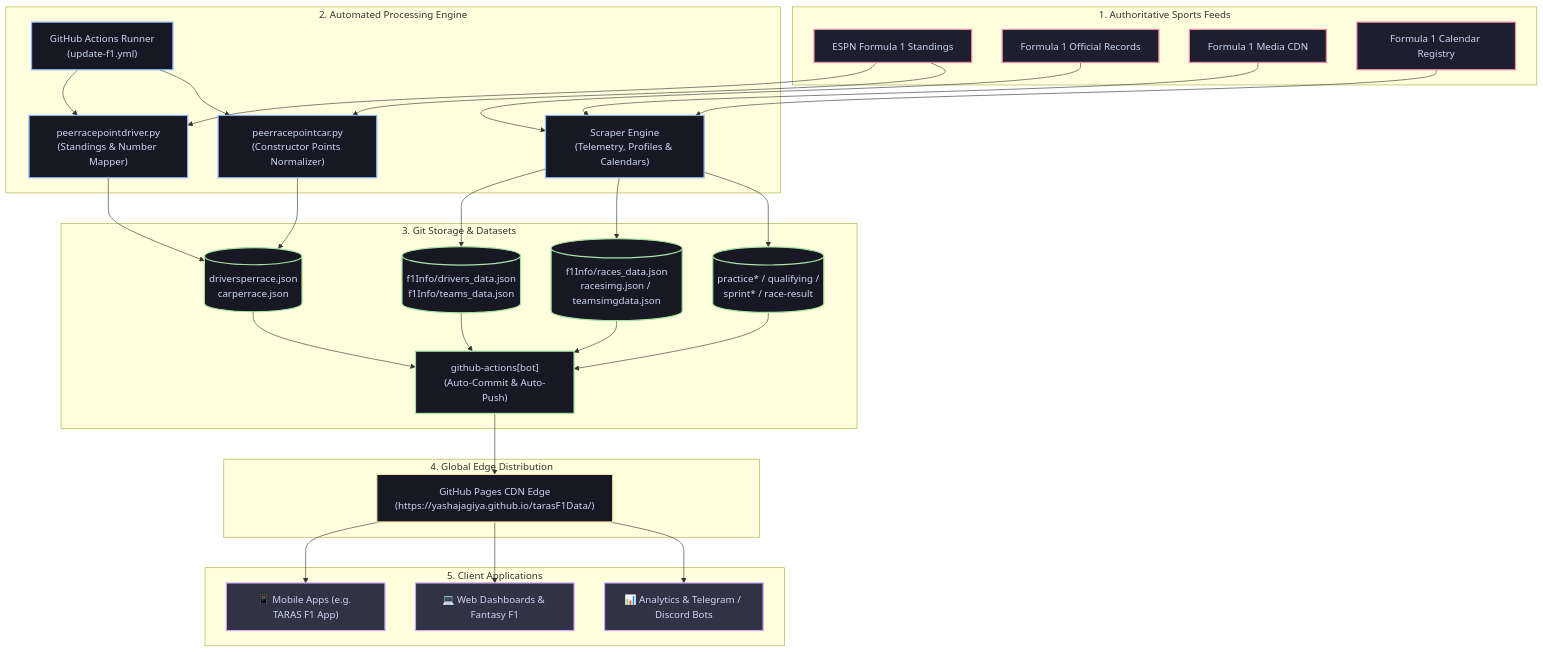
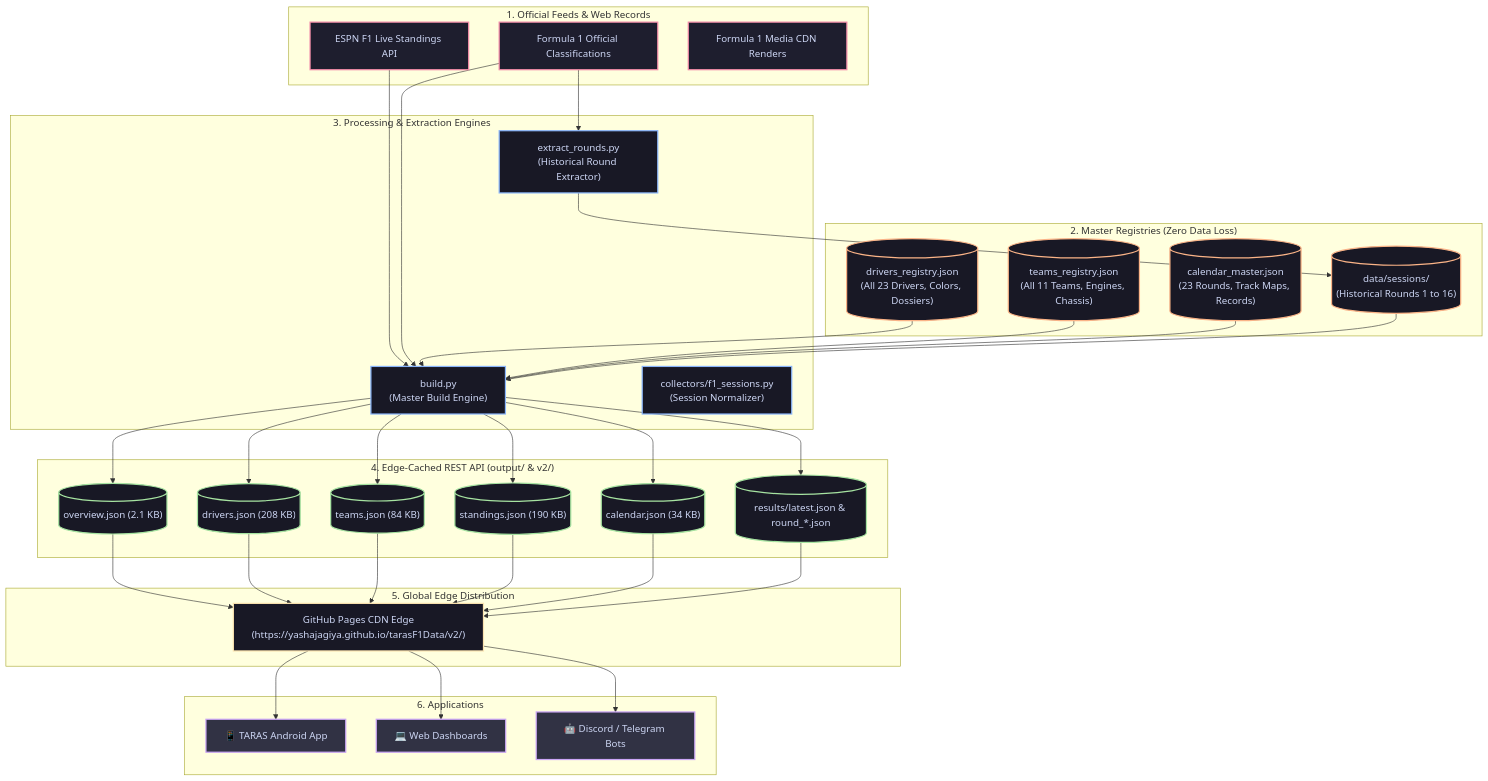
One commit to yashajagiya/Taras changed the diagram in README.md. Above: the diagram before and after it, drawn with Mermaid. The commit also changed other lines of this file, not shown here.

Commit message:
docs: Update main README to Taras F1 API v2 specification and documentation

````diff
--- a/README.md
+++ b/README.md
@@ -67,60 +186,56 @@
 ```mermaid
 flowchart TD
     %% Styling
     classDef sourceStyle fill:#1e1e2e,stroke:#f38ba8,stroke-width:2px,color:#cdd6f4;
     classDef actionStyle fill:#181825,stroke:#89b4fa,stroke-width:2px,color:#cdd6f4;
+    classDef masterStyle fill:#181825,stroke:#fab387,stroke-width:2px,color:#cdd6f4;
     classDef storageStyle fill:#181825,stroke:#a6e3a1,stroke-width:2px,color:#cdd6f4;
     classDef cdnStyle fill:#181825,stroke:#f9e2af,stroke-width:2px,color:#cdd6f4;
     classDef clientStyle fill:#313244,stroke:#cba6f7,stroke-width:2px,color:#cdd6f4;
 
-    subgraph Sources ["1. Authoritative Sports Feeds"]
-        S1["ESPN Formula 1 Standings"]:::sourceStyle
-        S2["Formula 1 Official Records"]:::sourceStyle
-        S3["Formula 1 Media CDN"]:::sourceStyle
-        S4["Formula 1 Calendar Registry"]:::sourceStyle
+    subgraph Sources ["1. Official Feeds & Web Records"]
+        S1["ESPN F1 Live Standings API"]:::sourceStyle
+        S2["Formula 1 Official Classifications"]:::sourceStyle
+        S3["Formula 1 Media CDN Renders"]:::sourceStyle
     end
 
-    subgraph Pipeline ["2. Automated Processing Engine"]
-        GH["GitHub Actions Runner\n(update-f1.yml)"]:::actionStyle
-        P1["peerracepointdriver.py\n(Standings & Number Mapper)"]:::actionStyle
-        P2["peerracepointcar.py\n(Constructor Points Normalizer)"]:::actionStyle
-        P3["Scraper Engine\n(Telemetry, Profiles & Calendars)"]:::actionStyle
+    subgraph Registries ["2. Master Registries (Zero Data Loss)"]
+        R1[("drivers_registry.json\n(All 23 Drivers, Colors, Dossiers)")]:::masterStyle
+        R2[("teams_registry.json\n(All 11 Teams, Engines, Chassis)")]:::masterStyle
+        R3[("calendar_master.json\n(23 Rounds, Track Maps, Records)")]:::masterStyle
+        R4[("data/sessions/\n(Historical Rounds 1 to 16)")]:::masterStyle
     end
 
-    subgraph Storage ["3. Git Storage & Datasets"]
-        J1[("driversperrace.json\ncarperrace.json")]:::storageStyle
-        J2[("f1Info/drivers_data.json\nf1Info/teams_data.json")]:::storageStyle
-        J3[("f1Info/races_data.json\nracesimg.json / teamsimgdata.json")]:::storageStyle
-        J4[("practice* / qualifying /\nsprint* / race-result")]:::storageStyle
-        BOT["github-actions[bot]\n(Auto-Commit & Auto-Push)"]:::storageStyle
+    subgraph Engines ["3. Processing & Extraction Engines"]
+        BUILD["build.py\n(Master Build Engine)"]:::actionStyle
+        EXTRACT["extract_rounds.py\n(Historical Round Extractor)"]:::actionStyle
+        SESS["collectors/f1_sessions.py\n(Session Normalizer)"]:::actionStyle
     end
 
-    subgraph Delivery ["4. Global Edge Distribution"]
-        CDN["GitHub Pages CDN Edge\n(https://yashajagiya.github.io/tarasF1Data/)"]:::cdnStyle
+    subgraph Endpoints ["4. Edge-Cached REST API (output/ & v2/)"]
+        E1[("overview.json (2.1 KB)")]:::storageStyle
+        E2[("drivers.json (208 KB)")]:::storageStyle
+        E3[("teams.json (84 KB)")]:::storageStyle
+        E4[("standings.json (190 KB)")]:::storageStyle
+        E5[("calendar.json (34 KB)")]:::storageStyle
+        E6[("results/latest.json & round_*.json")]:::storageStyle
     end
 
-    subgraph Apps ["5. Client Applications"]
-        APP1["📱 Mobile Apps (e.g. TARAS F1 App)"]:::clientStyle
-        APP2["💻 Web Dashboards & Fantasy F1"]:::clientStyle
-        APP3["📊 Analytics & Telegram / Discord Bots"]:::clientStyle
+    subgraph CDN ["5. Global Edge Distribution"]
+        GH["GitHub Pages CDN Edge\n(https://yashajagiya.github.io/tarasF1Data/v2/)"]:::cdnStyle
     end
 
-    S1 --> P1
-    S1 --> P2
-    S2 --> P3
-    S3 --> P3
-    S4 --> P3
+    subgraph Clients ["6. Applications"]
+        C1["📱 TARAS Android App"]:::clientStyle
+        C2["💻 Web Dashboards"]:::clientStyle
+        C3["🤖 Discord / Telegram Bots"]:::clientStyle
+    end
 
-    GH --> P1
-    GH --> P2
-
-    P1 --> J1
-    P2 --> J1
-    P3 --> J2
-    P3 --> J3
-    P3 --> J4
-
-    J1 & J2 & J3 & J4 --> BOT
-    BOT --> CDN
-    CDN --> APP1 & APP2 & APP3
+    S1 & S2 --> BUILD
+    S2 --> EXTRACT
+    EXTRACT --> R4
+    R1 & R2 & R3 & R4 --> BUILD
+    BUILD --> E1 & E2 & E3 & E4 & E5 & E6
+    E1 & E2 & E3 & E4 & E5 & E6 --> GH
+    GH --> C1 & C2 & C3
 ```
````
